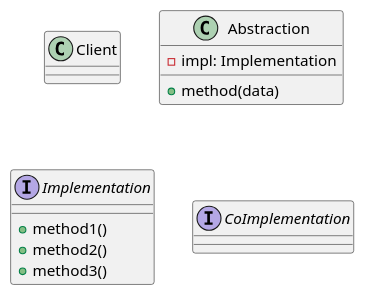
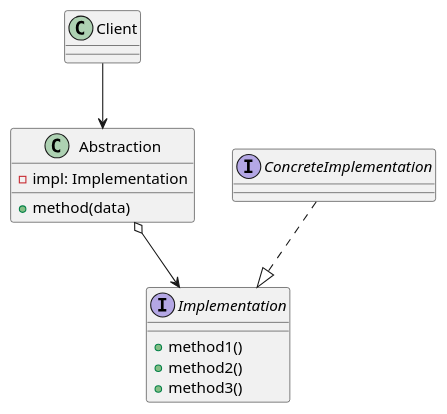
Diagram 15 of 16 in Education/Courses/Architecture/Architecture СЛЕРМ.md (Nikolaj9596/BaseKnowledge-), drawn with PlantUML before and after one commit. The commit also changed other lines of this file, not shown here.

````diff
--- a/Education/Courses/Architecture/Architecture СЛЕРМ.md
+++ b/Education/Courses/Architecture/Architecture СЛЕРМ.md
@@ -335,17 +335,21 @@
 ```plantuml
 
 class Client{}
 
 class Abstraction{
 	- impl: Implementation
 	+ method(data)
 }
 
 interface Implementation{
 	+ method1()
 	+ method2()
 	+ method3()
 }
 
-interface CoImplementation{}
+interface ConcreteImplementation{}
+
+Client --> Abstraction
+Abstraction o--> Implementation
+ConcreteImplementation ..|> Implementation
 ```
````
